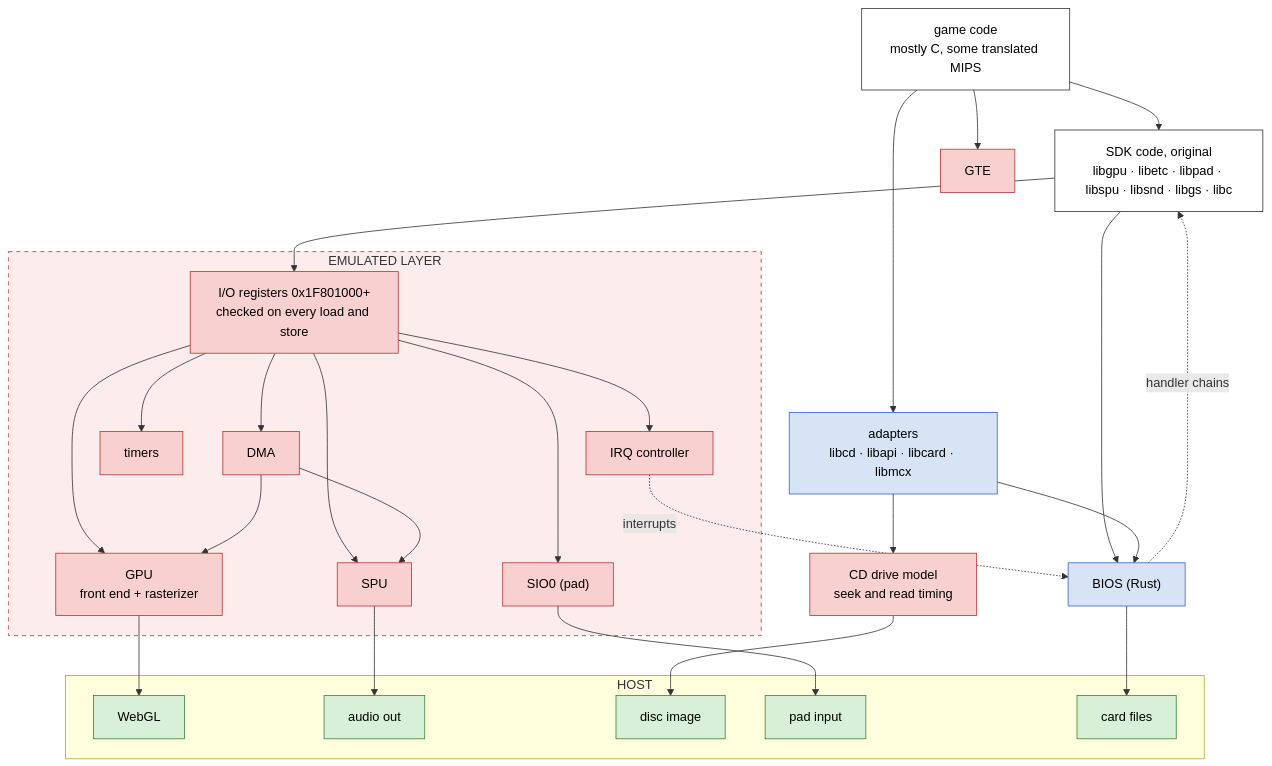
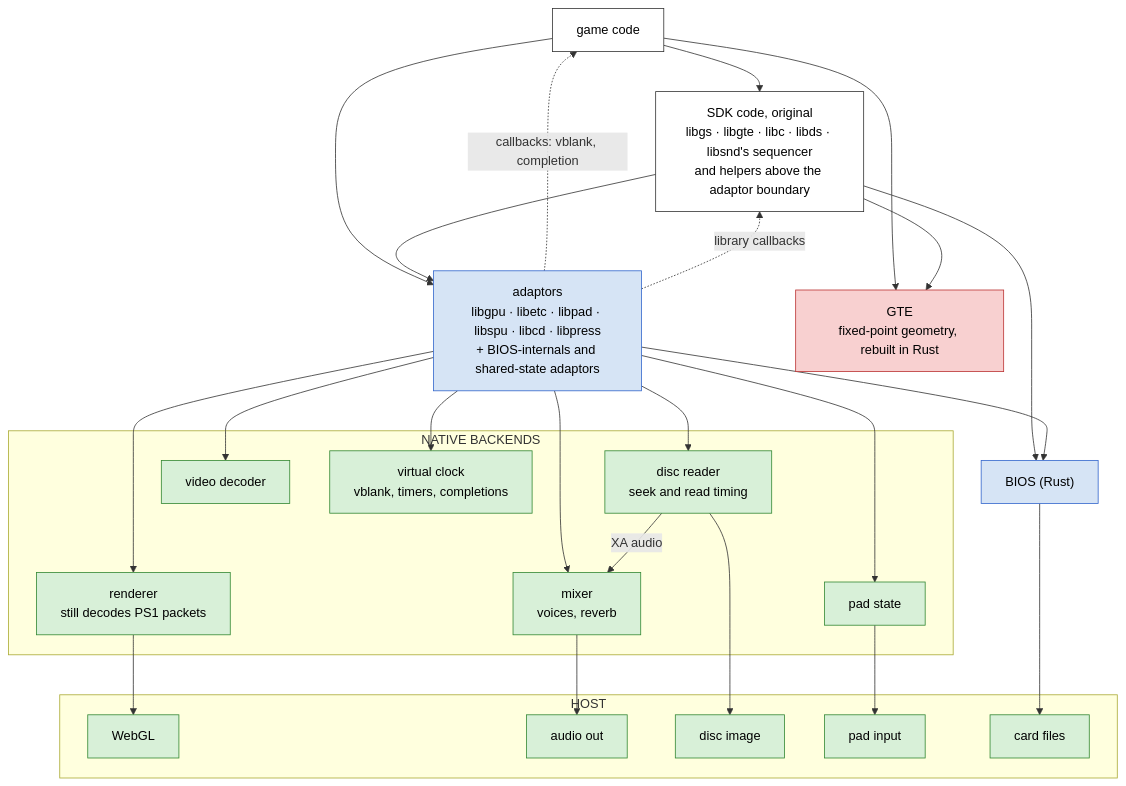
Before and after one commit to dpchamps-vibe-city/psx-wasm: the second of 3 diagrams in docs/emulation-layers.md, drawn with Mermaid. The commit also changed other lines of this file and 10 other files, not shown here.

````diff
--- a/docs/emulation-layers.md
+++ b/docs/emulation-layers.md
@@ -42,56 +79,51 @@
 ```mermaid
 flowchart TB
-  game["game code<br/>mostly C, some translated MIPS"]
-  sdk["SDK code, original<br/>libgpu · libetc · libpad · libspu · libsnd · libgs · libc"]
-  adapt["adapters<br/>libcd · libapi · libcard · libmcx"]
+  game["game code"]
+  sdk["SDK code, original<br/>libgs · libgte · libc · libds · libsnd's sequencer<br/>and helpers above the adaptor boundary"]
+  adapt["adaptors<br/>libgpu · libetc · libpad · libspu · libcd · libpress<br/>+ BIOS-internals and shared-state adaptors"]
   bios["BIOS (Rust)"]
-  gte["GTE"]
+  gte["GTE<br/>fixed-point geometry, rebuilt in Rust"]
 
-  subgraph emuLayer ["EMULATED LAYER"]
-    regs["I/O registers 0x1F801000+<br/>checked on every load and store"]
-    irq["IRQ controller"]
-    tim["timers"]
-    dma["DMA"]
-    gpu["GPU<br/>front end + rasterizer"]
-    spu["SPU"]
-    sio["SIO0 (pad)"]
+  subgraph back ["NATIVE BACKENDS"]
+    render["renderer<br/>still decodes PS1 packets"]
+    mixer["mixer<br/>voices, reverb"]
+    reader["disc reader<br/>seek and read timing"]
+    video["video decoder"]
+    input["pad state"]
+    clock["virtual clock<br/>vblank, timers, completions"]
   end
-
-  drive["CD drive model<br/>seek and read timing"]
 
   subgraph hostRow ["HOST"]
     gl["WebGL"]
     audio["audio out"]
     disc["disc image"]
     pad["pad input"]
     cards["card files"]
   end
 
   game --> sdk
   game --> adapt
+  sdk --> adapt
   game --> gte
+  sdk --> gte
   sdk --> bios
-  sdk --> regs
-  adapt --> drive
+  adapt --> render & mixer & reader & video & input & clock
   adapt --> bios
-  regs --> irq & tim & dma & gpu & spu & sio
-  dma --> gpu
-  dma --> spu
-  gpu --> gl
-  spu --> audio
-  sio --> pad
-  drive --> disc
+  reader -- "XA audio" --> mixer
+  render --> gl
+  mixer --> audio
+  reader --> disc
+  input --> pad
   bios --> cards
-  irq -. "interrupts" .-> bios
-  bios -. "handler chains" .-> sdk
+  adapt -. "callbacks: vblank, completion" .-> game
+  adapt -. "library callbacks" .-> sdk
 
   classDef orig fill:#ffffff,stroke:#333,color:#000
   classDef rust fill:#d6e4f5,stroke:#36c,color:#000
   classDef emu fill:#f8d0d0,stroke:#b33,color:#000
   classDef native fill:#d8f0d8,stroke:#383,color:#000
   class game,sdk orig
   class adapt,bios rust
-  class gte,regs,irq,tim,dma,gpu,spu,sio,drive emu
-  class gl,audio,disc,pad,cards native
-  style emuLayer fill:#fdecec,stroke:#b33,stroke-dasharray: 5 5
+  class gte emu
+  class render,mixer,reader,video,input,clock,gl,audio,disc,pad,cards native
 ```
````
